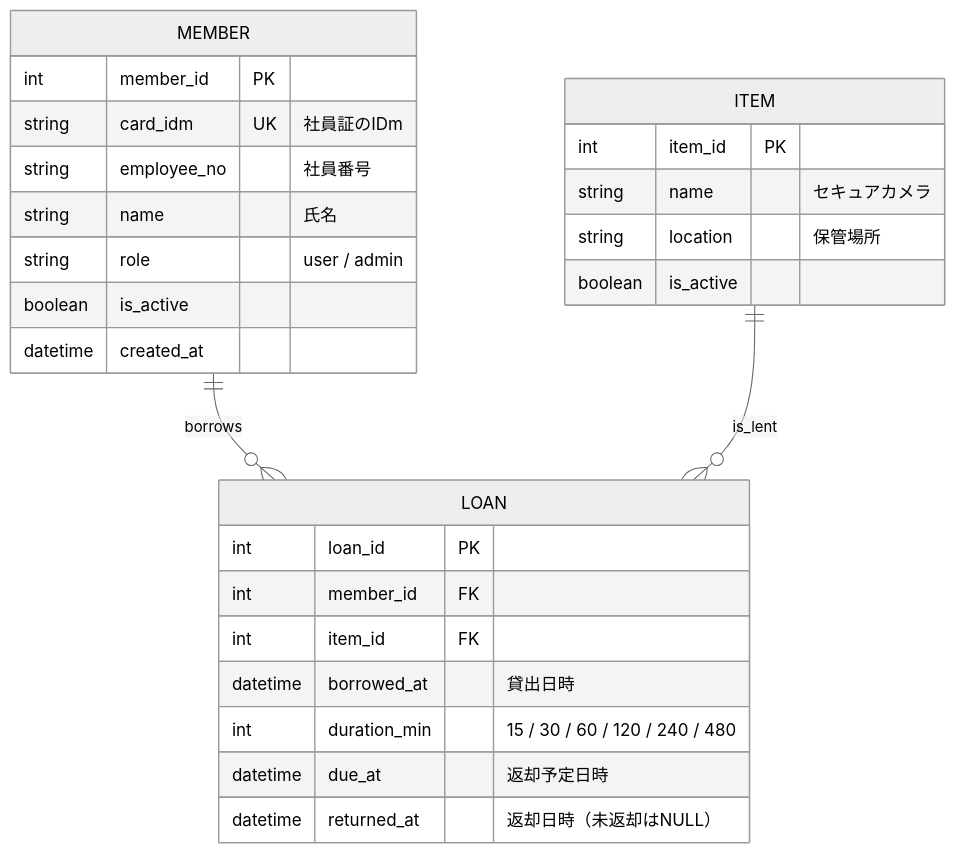
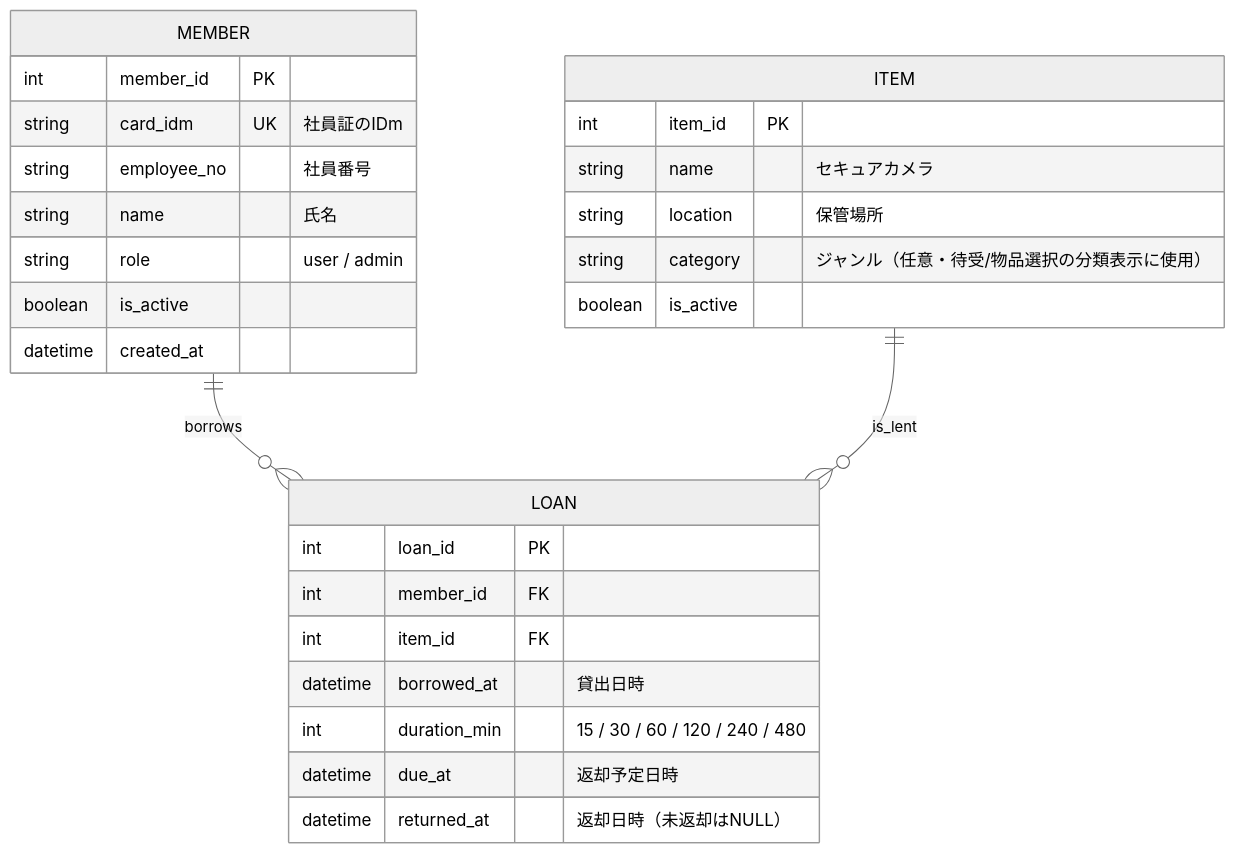
One commit to ootomonaiso/card changed the diagram in docs/06_データベース設計書.md. Above: the diagram before and after it, drawn with Mermaid (neutral theme). The commit also changed other lines of this file and 19 other files, not shown here.

````diff
--- a/docs/06_データベース設計書.md
+++ b/docs/06_データベース設計書.md
@@ -16,29 +16,30 @@
 ```mermaid
 erDiagram
   MEMBER ||--o{ LOAN : borrows
   ITEM ||--o{ LOAN : is_lent
   MEMBER {
     int member_id PK
     string card_idm UK "社員証のIDm"
     string employee_no "社員番号"
     string name "氏名"
     string role "user / admin"
     boolean is_active
     datetime created_at
   }
   ITEM {
     int item_id PK
     string name "セキュアカメラ"
     string location "保管場所"
+    string category "ジャンル（任意・待受/物品選択の分類表示に使用）"
     boolean is_active
   }
   LOAN {
     int loan_id PK
     int member_id FK
     int item_id FK
     datetime borrowed_at "貸出日時"
     int duration_min "15 / 30 / 60 / 120 / 240 / 480"
     datetime due_at "返却予定日時"
     datetime returned_at "返却日時（未返却はNULL）"
   }
 ```
````
